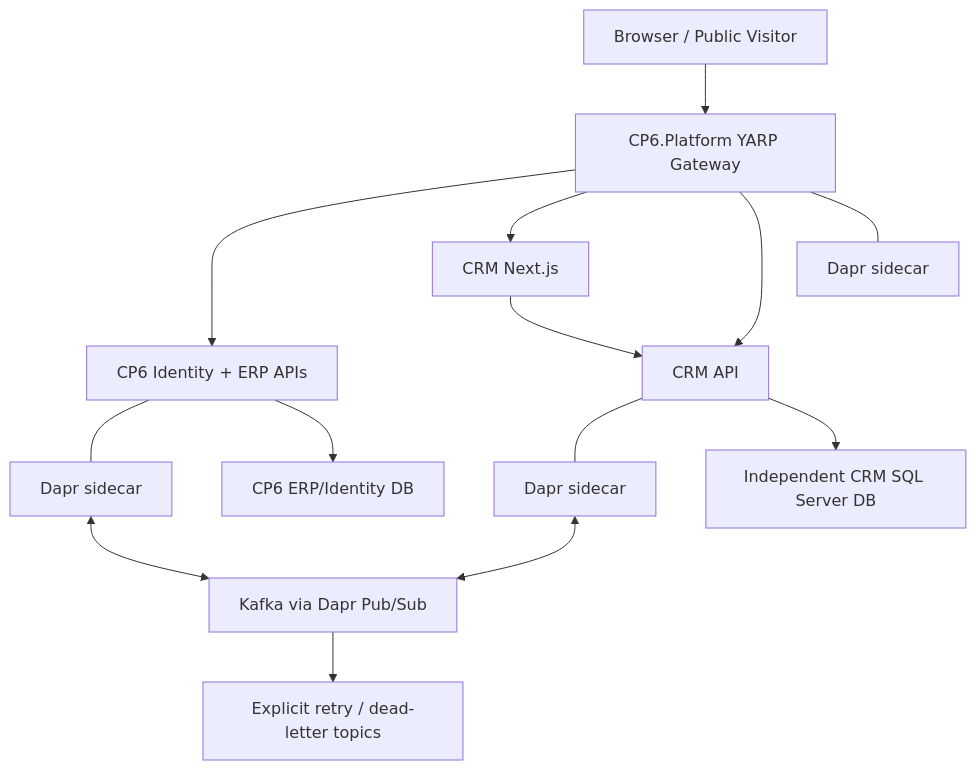
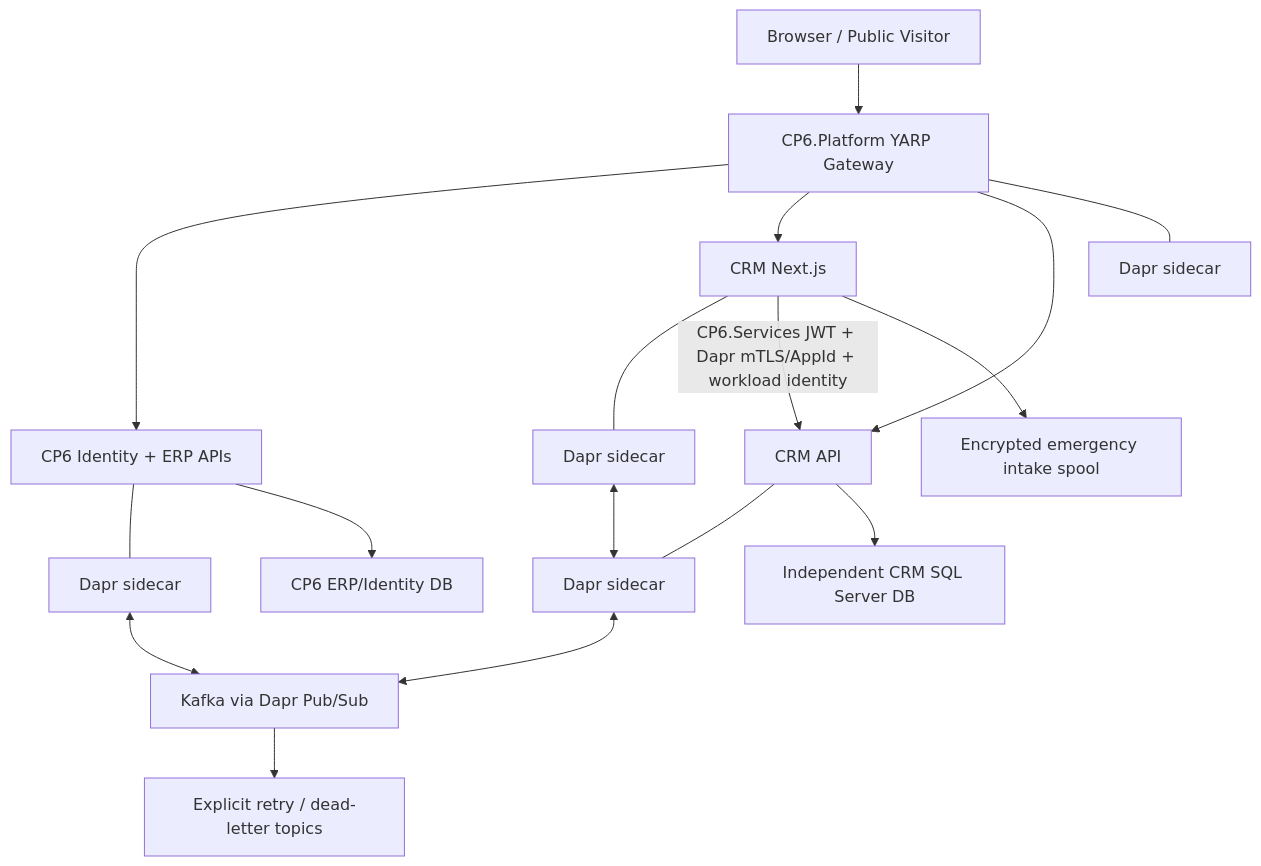
The first of 3 diagrams in docs/crm/CRM-V1-EXECUTABLE-SPEC.md (GTX537/CP6), drawn with Mermaid before and after one commit. The commit also changed other lines of this file and 6 other files, not shown here.

````diff
--- a/docs/crm/CRM-V1-EXECUTABLE-SPEC.md
+++ b/docs/crm/CRM-V1-EXECUTABLE-SPEC.md
@@ -128,16 +130,19 @@
 ```mermaid
 flowchart TB
     Browser["Browser / Public Visitor"] --> GW["CP6.Platform YARP Gateway"]
     GW --> CP6["CP6 Identity + ERP APIs"]
     GW --> CRMWeb["CRM Next.js"]
     GW --> CRMApi["CRM API"]
-    CRMWeb --> CRMApi
+    CRMWeb --- DW["Dapr sidecar"]
+    CRMWeb -->|"CP6.Services JWT + Dapr mTLS/AppId + workload identity"| CRMApi
     CP6 --- D1["Dapr sidecar"]
     CRMApi --- D2["Dapr sidecar"]
     GW --- D3["Dapr sidecar"]
     D1 <--> Kafka["Kafka via Dapr Pub/Sub"]
+    DW <--> D2
     D2 <--> Kafka
     CRMApi --> CRMDB["Independent CRM SQL Server DB"]
+    CRMWeb --> Spool["Encrypted emergency intake spool"]
     CP6 --> CP6DB["CP6 ERP/Identity DB"]
     Kafka --> DLQ["Explicit retry / dead-letter topics"]
 ```
````
